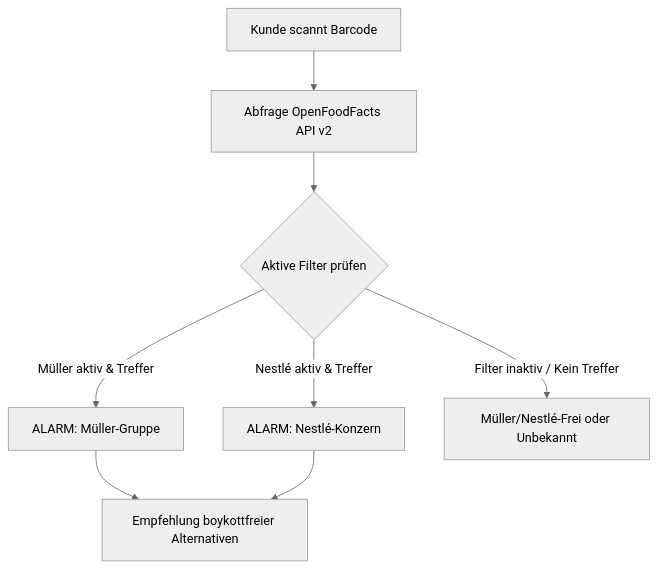
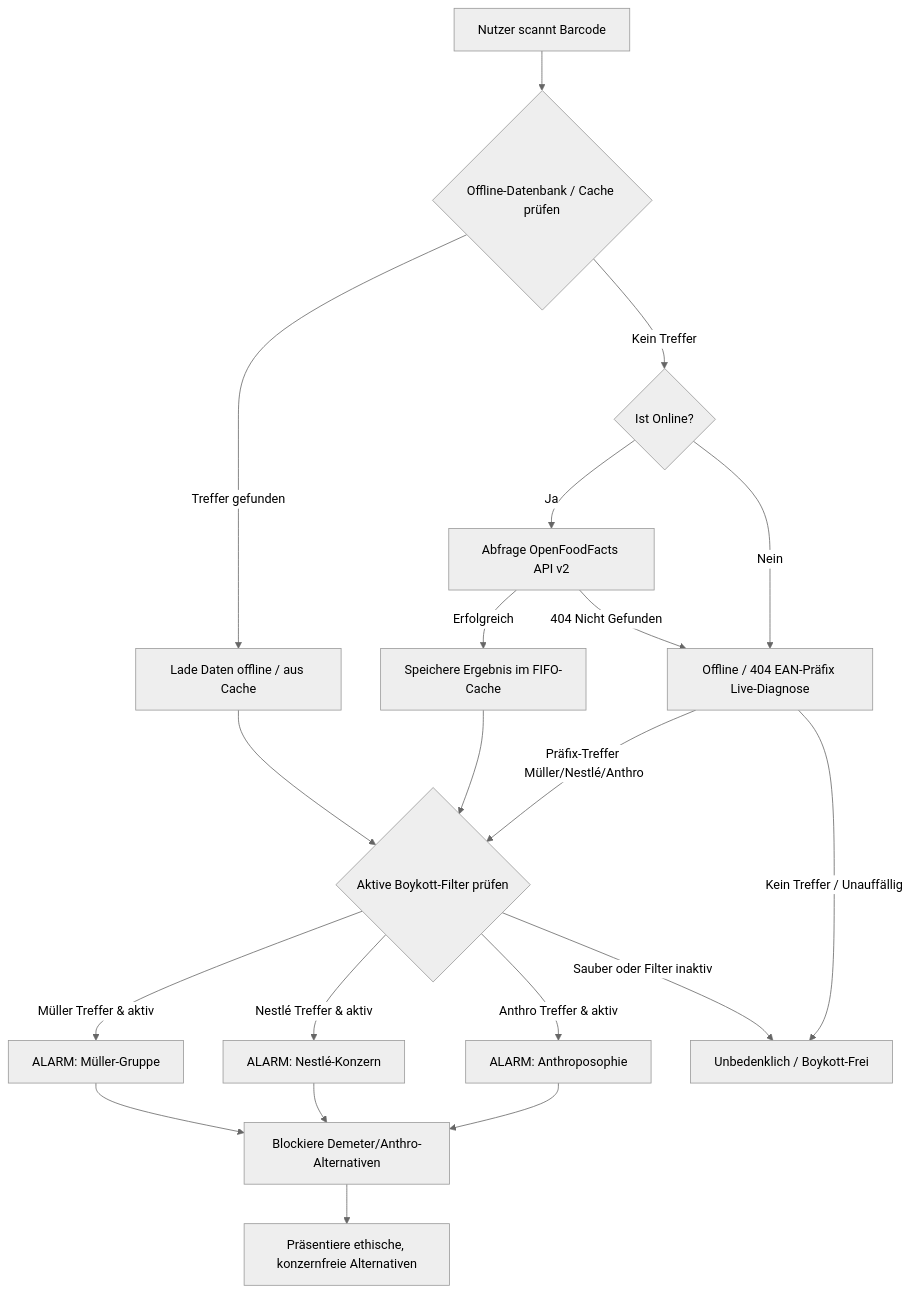
One commit to kolkrabeofdoom/mueller-fascho-buster changed the diagram in README.md. Above: the diagram before and after it, drawn with Mermaid (neutral theme). The commit also changed other lines of this file and 4 other files, not shown here.

Commit message:
feat: implement Saison-Buster calendar and EAN Live-Diagnostics prefix checker

````diff
--- a/README.md
+++ b/README.md
@@ -49,10 +83,22 @@
 ```mermaid
 graph TD
-    A[Kunde scannt Barcode] --> B[Abfrage OpenFoodFacts API v2]
-    B --> C{Aktive Filter prüfen}
-    C -->|Müller aktiv & Treffer| D[ALARM: Müller-Gruppe]
-    C -->|Nestlé aktiv & Treffer| E[ALARM: Nestlé-Konzern]
-    C -->|Filter inaktiv / Kein Treffer| F[Müller/Nestlé-Frei oder Unbekannt]
-    D --> G[Empfehlung boykottfreier Alternativen]
-    E --> G
+    A[Nutzer scannt Barcode] --> B{Offline-Datenbank / Cache prüfen}
+    B -->|Treffer gefunden| C[Lade Daten offline / aus Cache]
+    B -->|Kein Treffer| D{Ist Online?}
+    D -->|Ja| E[Abfrage OpenFoodFacts API v2]
+    D -->|Nein| F[Offline / 404 EAN-Präfix Live-Diagnose]
+    E -->|Erfolgreich| G[Speichere Ergebnis im FIFO-Cache]
+    E -->|404 Nicht Gefunden| F
+    F -->|Präfix-Treffer Müller/Nestlé/Anthro| H{Aktive Boykott-Filter prüfen}
+    F -->|Kein Treffer / Unauffällig| L[Unbekannt / Unauffälliges Präfix]
+    C --> H
+    G --> H
+    H -->|Müller Treffer & aktiv| I[ALARM: Müller-Gruppe]
+    H -->|Nestlé Treffer & aktiv| J[ALARM: Nestlé-Konzern]
+    H -->|Anthro Treffer & aktiv| K[ALARM: Anthroposophie]
+    H -->|Sauber oder Filter inaktiv| L[Unbedenklich / Boykott-Frei]
+    I --> M[Blockiere Demeter/Anthro-Alternativen]
+    J --> M
+    K --> M
+    M --> N[Präsentiere ethische, konzernfreie Alternativen]
 ```
````
